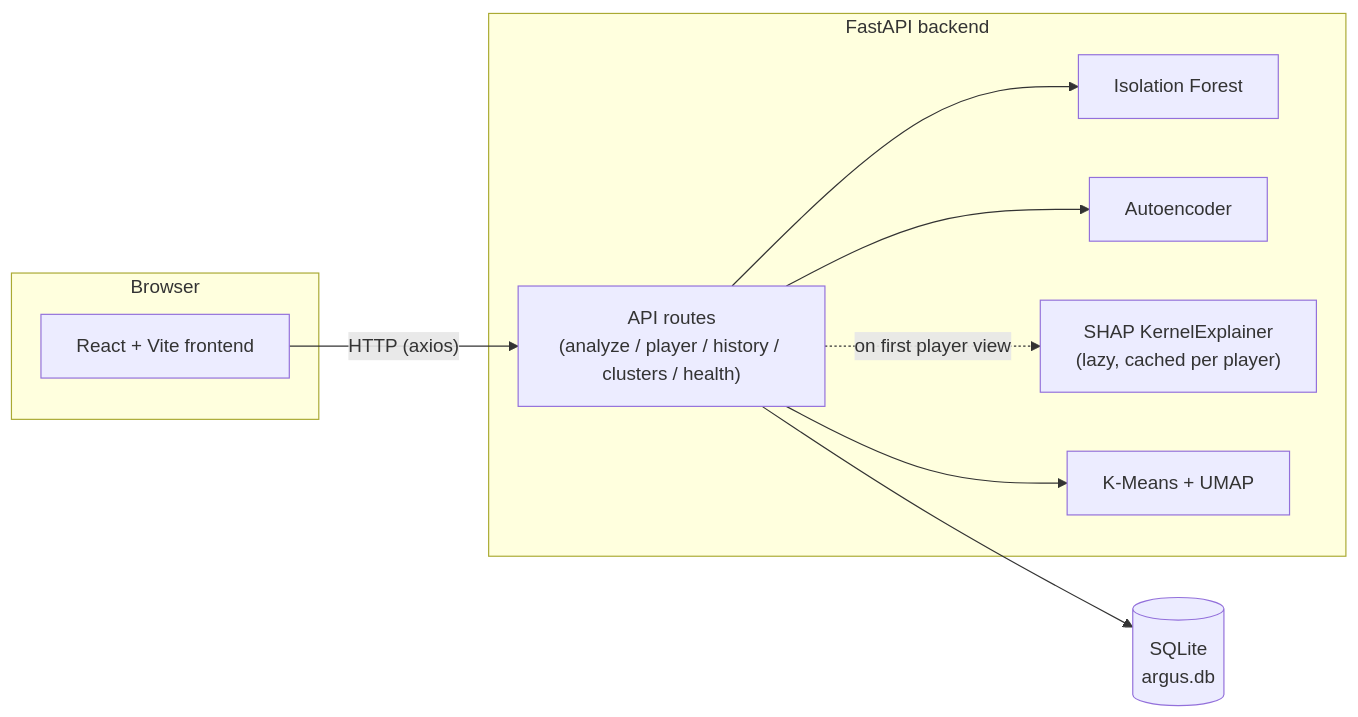
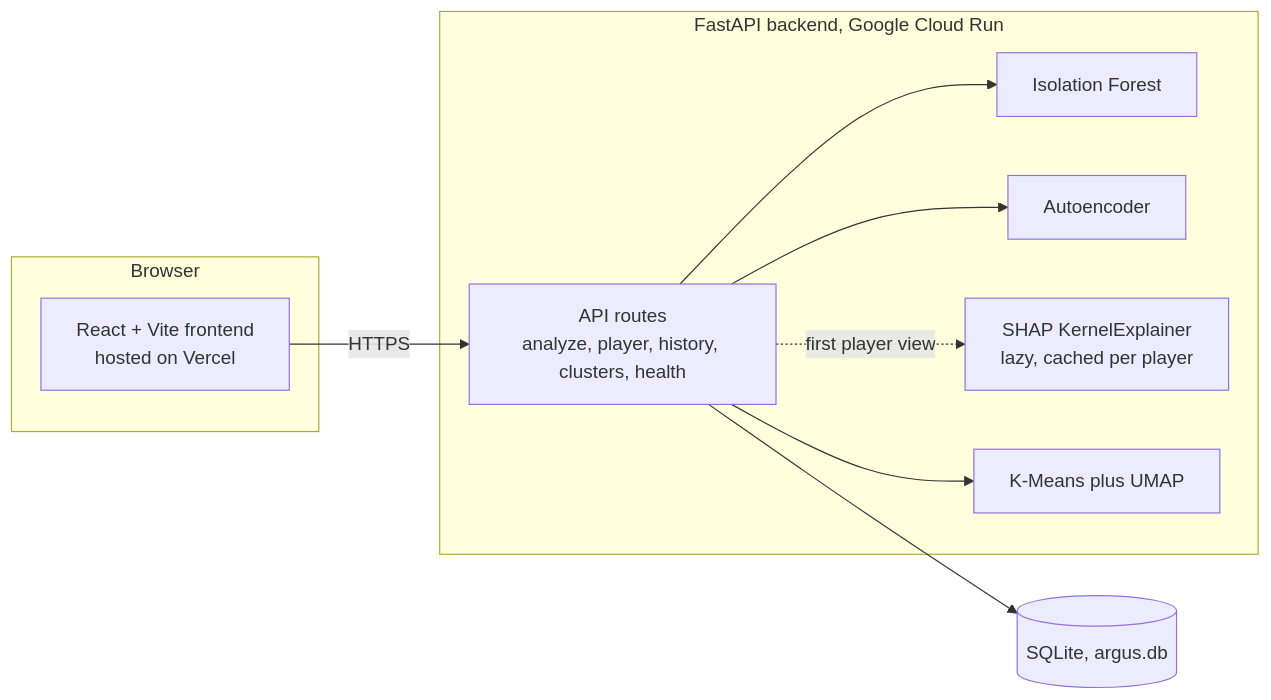
The first of 7 diagrams in README.md (Sriharinesh-Sureshkumar/ARGUS), drawn with Mermaid before and after one commit. The commit also changed other lines of this file and 1 other file, not shown here.

Commit message:
docs: detailed README with pipeline diagrams, design decisions, problems and learnings

````diff
--- a/README.md
+++ b/README.md
@@ -48,21 +62,21 @@
 ```mermaid
 flowchart LR
-    subgraph Browser
-        FE["React + Vite frontend"]
+    subgraph Client["Browser"]
+        FE["React + Vite frontend<br/>hosted on Vercel"]
     end
-    subgraph Backend["FastAPI backend"]
-        API["API routes<br/>(analyze / player / history / clusters / health)"]
+    subgraph Server["FastAPI backend, Google Cloud Run"]
+        API["API routes<br/>analyze, player, history, clusters, health"]
         IF["Isolation Forest"]
         AE["Autoencoder"]
-        SHAP["SHAP KernelExplainer<br/>(lazy, cached per player)"]
-        KM["K-Means + UMAP"]
+        SHAP["SHAP KernelExplainer<br/>lazy, cached per player"]
+        KM["K-Means plus UMAP"]
     end
-    DB[("SQLite\nargus.db")]
+    DB[("SQLite, argus.db")]
 
-    FE -- "HTTP (axios)" --> API
+    FE -- "HTTPS" --> API
     API --> IF
     API --> AE
-    API -. "on first player view" .-> SHAP
+    API -. "first player view" .-> SHAP
     API --> KM
     API --> DB
 ```
````
